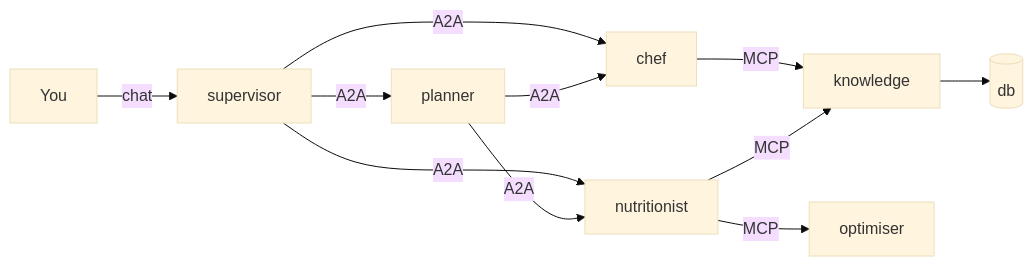
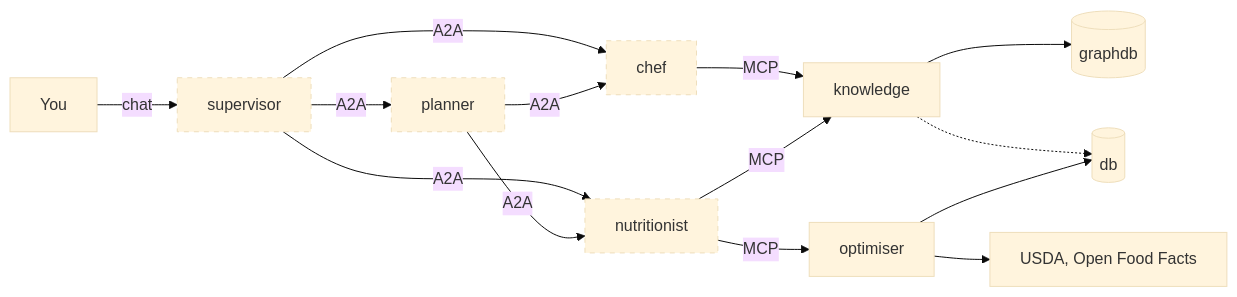
Before and after one commit to wbarrettdev/bulk-cook-planner: the diagram in ARCHITECTURE.md, drawn with Mermaid (base theme). The commit also changed other lines of this file and 9 other files, not shown here.

Commit message:
Update the architecture and data model docs

````diff
--- a/ARCHITECTURE.md
+++ b/ARCHITECTURE.md
@@ -7,13 +9,18 @@
 ```mermaid
 flowchart LR
     U["You"] -- "chat" --> S["supervisor"]
     S -- "A2A" --> C["chef"]
     S -- "A2A" --> N["nutritionist"]
     S -- "A2A" --> P["planner"]
     P -- "A2A" --> C
     P -- "A2A" --> N
     C -- "MCP" --> K["knowledge"]
     N -- "MCP" --> K
     N -- "MCP" --> O["optimiser"]
-    K --> D[("db")]
+    K --> G[("graphdb")]
+    K -.-> D[("db")]
+    O --> D
+    O --> X["USDA, Open Food Facts"]
+    classDef planned stroke-dasharray: 5 5
+    class S,C,N,P planned
 ```
````
